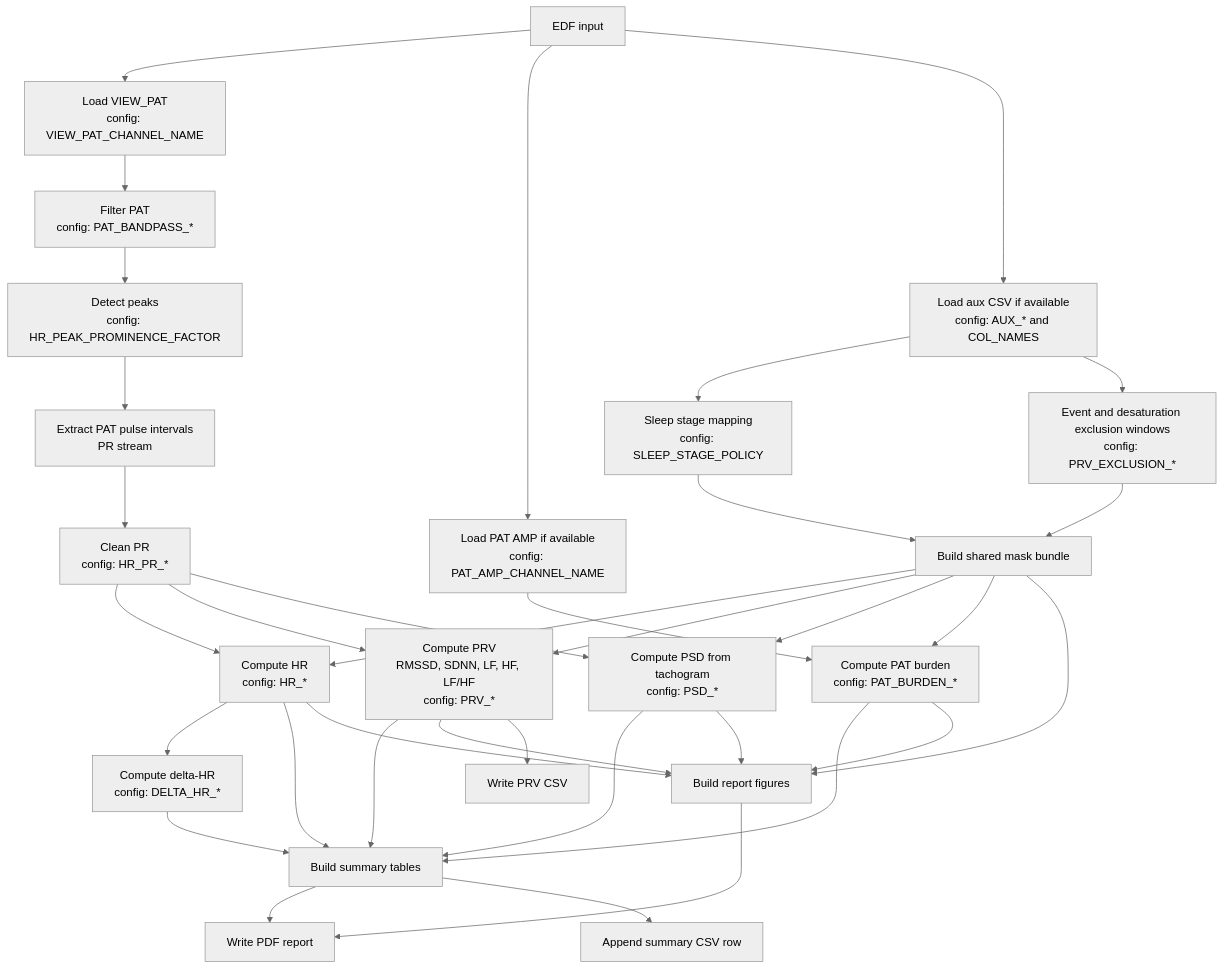
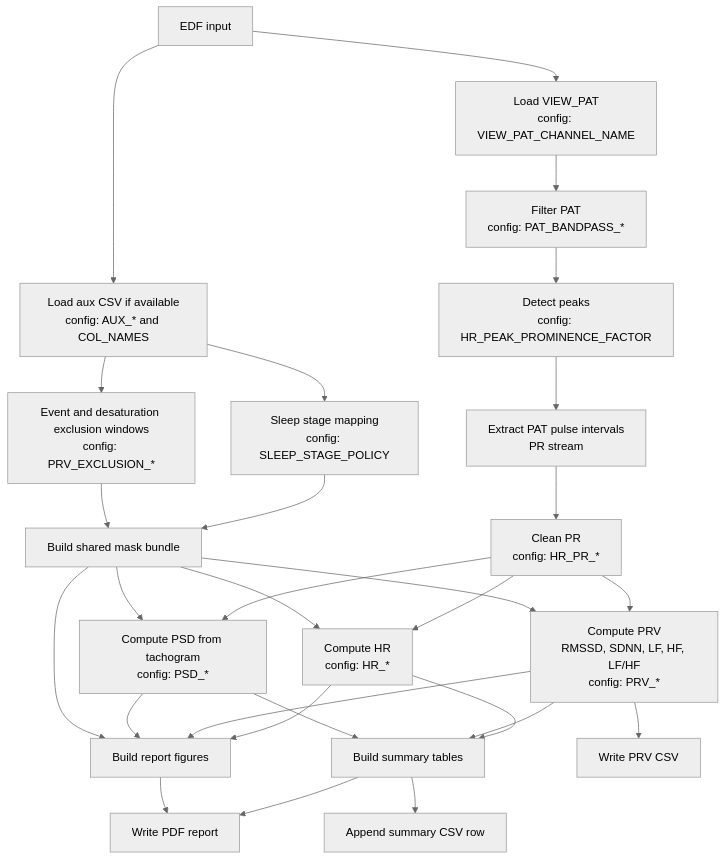
The diagram in README.md (JindrichA/pat_prv), drawn with Mermaid (neutral theme) before and after one commit. The commit also changed other lines of this file and 24 other files, not shown here.

Commit message:
Remove unused burden and delta HR features

````diff
--- a/README.md
+++ b/README.md
@@ -92,44 +88,35 @@
 ```mermaid
 flowchart TD
     A[EDF input] --> B[Load VIEW_PAT\nconfig: VIEW_PAT_CHANNEL_NAME]
     B --> C[Filter PAT\nconfig: PAT_BANDPASS_*]
     C --> D[Detect peaks\nconfig: HR_PEAK_PROMINENCE_FACTOR]
     D --> E[Extract PAT pulse intervals\nPR stream]
     E --> F[Clean PR\nconfig: HR_PR_*]
 
-    A --> G[Load PAT AMP if available\nconfig: PAT_AMP_CHANNEL_NAME]
     A --> H[Load aux CSV if available\nconfig: AUX_* and COL_NAMES]
     H --> I[Sleep stage mapping\nconfig: SLEEP_STAGE_POLICY]
     H --> J[Event and desaturation exclusion windows\nconfig: PRV_EXCLUSION_*]
     I --> K[Build shared mask bundle]
     J --> K
 
     F --> L[Compute HR\nconfig: HR_*]
     F --> M[Compute PRV\nRMSSD, SDNN, LF, HF, LF/HF\nconfig: PRV_*]
     F --> N[Compute PSD from tachogram\nconfig: PSD_*]
-    G --> O[Compute PAT burden\nconfig: PAT_BURDEN_*]
 
     K --> L
     K --> M
     K --> N
-    K --> O
-
-    L --> P[Compute delta-HR\nconfig: DELTA_HR_*]
-
     L --> Q[Build summary tables]
     M --> Q
     N --> Q
-    O --> Q
-    P --> Q
 
     L --> R[Build report figures]
     M --> R
     N --> R
-    O --> R
     K --> R
     Q --> S[Write PDF report]
     R --> S
 
     M --> T[Write PRV CSV]
     Q --> U[Append summary CSV row]
 ```
````
